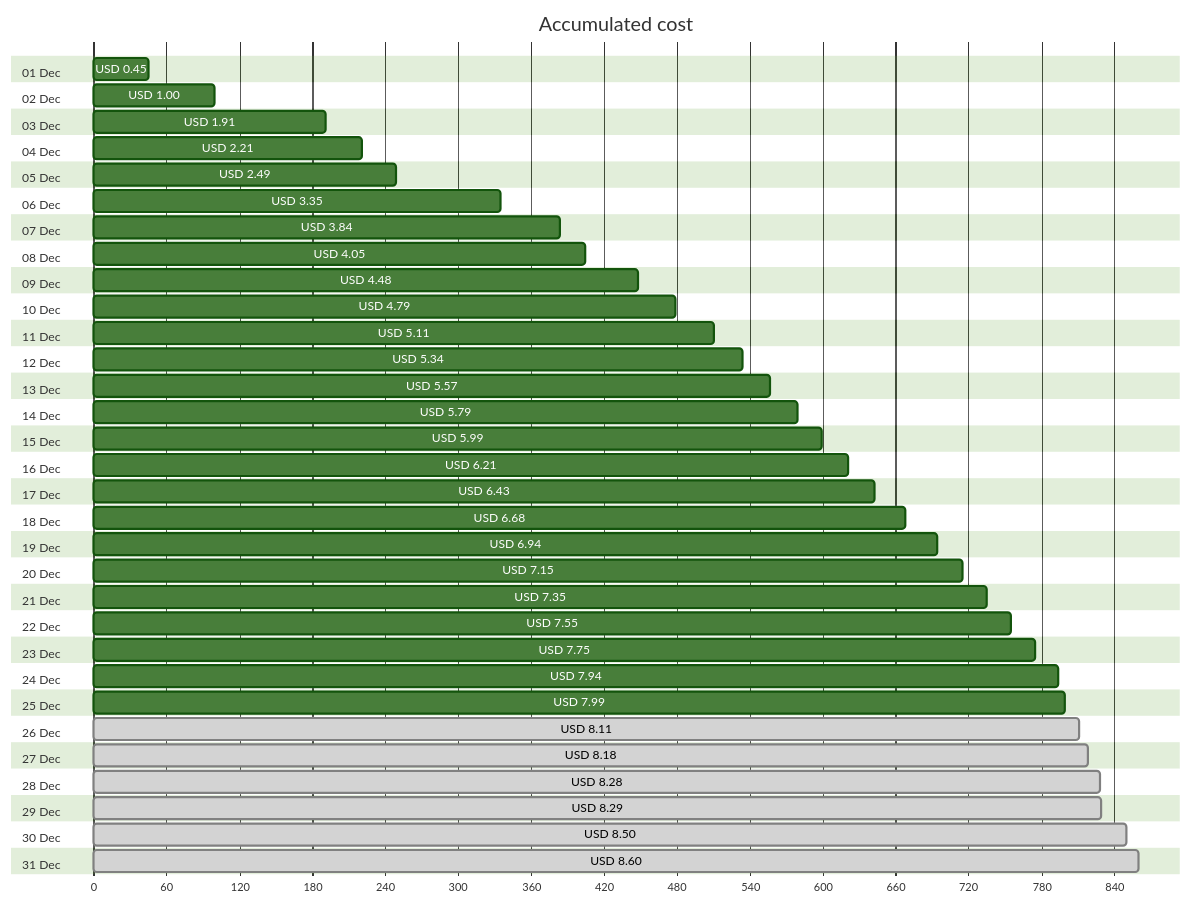
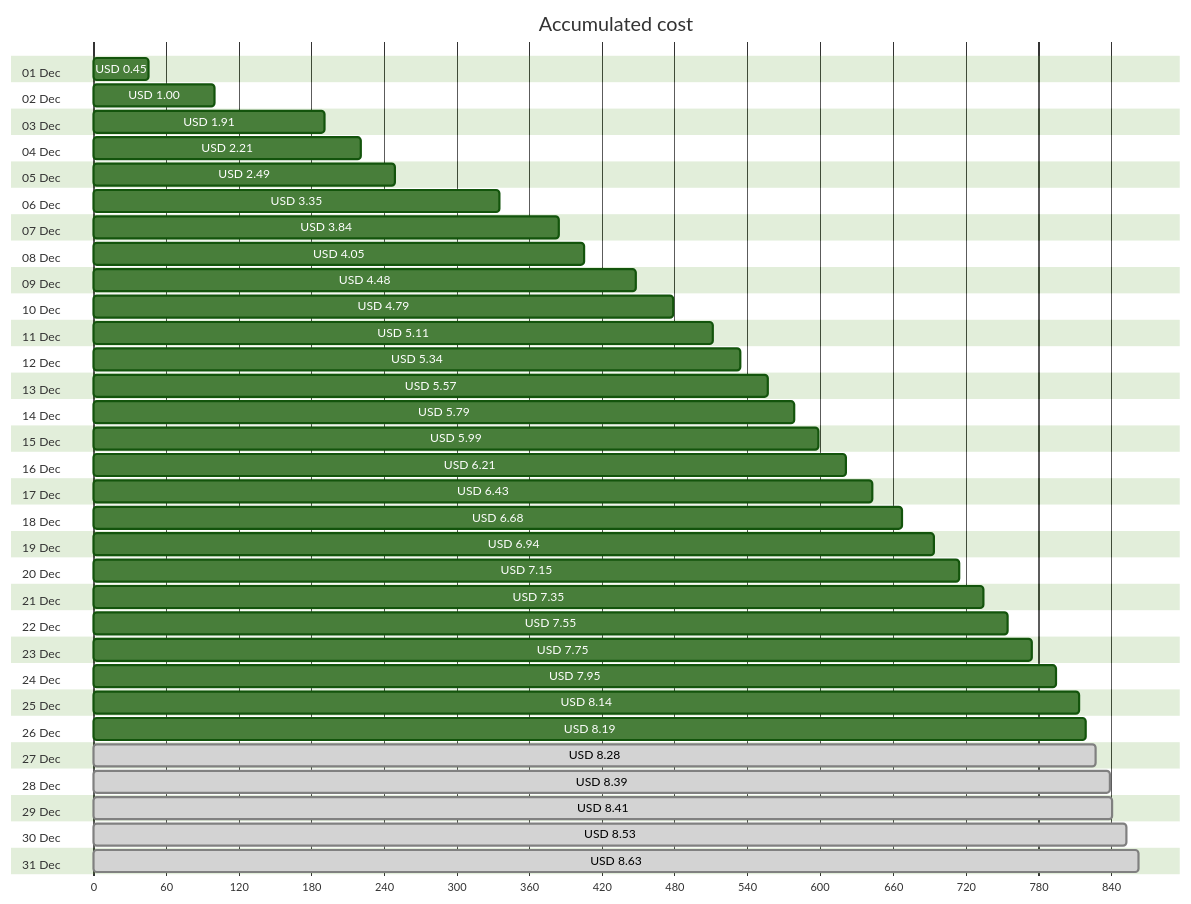
The first of 4 diagrams in cost-reports/personal-network/vpn-server.md (jpfulton/azure-personal-reports), drawn with Mermaid (forest theme) before and after one commit. The commit also changed other lines of this file and 8 other files, not shown here.

````diff
--- a/cost-reports/personal-network/vpn-server.md
+++ b/cost-reports/personal-network/vpn-server.md
@@ -20,68 +20,68 @@
 ```mermaid
 gantt
    title Accumulated cost
    dateFormat  X
    axisFormat %s
    section 01 Dec
    USD 0.45 :0, 45
    section 02 Dec
    USD 1.00 :0, 100
    section 03 Dec
    USD 1.91 :0, 191
    section 04 Dec
    USD 2.21 :0, 221
    section 05 Dec
    USD 2.49 :0, 249
    section 06 Dec
    USD 3.35 :0, 335
    section 07 Dec
    USD 3.84 :0, 384
    section 08 Dec
    USD 4.05 :0, 405
    section 09 Dec
    USD 4.48 :0, 448
    section 10 Dec
    USD 4.79 :0, 479
    section 11 Dec
    USD 5.11 :0, 511
    section 12 Dec
    USD 5.34 :0, 534
    section 13 Dec
    USD 5.57 :0, 557
    section 14 Dec
    USD 5.79 :0, 579
    section 15 Dec
    USD 5.99 :0, 599
    section 16 Dec
    USD 6.21 :0, 621
    section 17 Dec
    USD 6.43 :0, 643
    section 18 Dec
    USD 6.68 :0, 668
    section 19 Dec
    USD 6.94 :0, 694
    section 20 Dec
    USD 7.15 :0, 715
    section 21 Dec
    USD 7.35 :0, 735
    section 22 Dec
    USD 7.55 :0, 755
    section 23 Dec
    USD 7.75 :0, 775
    section 24 Dec
-   USD 7.94 :0, 794
+   USD 7.95 :0, 795
    section 25 Dec
-   USD 7.99 :0, 799
+   USD 8.14 :0, 814
    section 26 Dec
-   USD 8.11 : done, 0, 811
+   USD 8.19 :0, 819
    section 27 Dec
-   USD 8.18 : done, 0, 818
+   USD 8.28 : done, 0, 828
    section 28 Dec
-   USD 8.28 : done, 0, 828
+   USD 8.39 : done, 0, 839
    section 29 Dec
-   USD 8.29 : done, 0, 829
+   USD 8.41 : done, 0, 841
    section 30 Dec
-   USD 8.50 : done, 0, 850
+   USD 8.53 : done, 0, 853
    section 31 Dec
-   USD 8.60 : done, 0, 860
+   USD 8.63 : done, 0, 863
 ```
````
